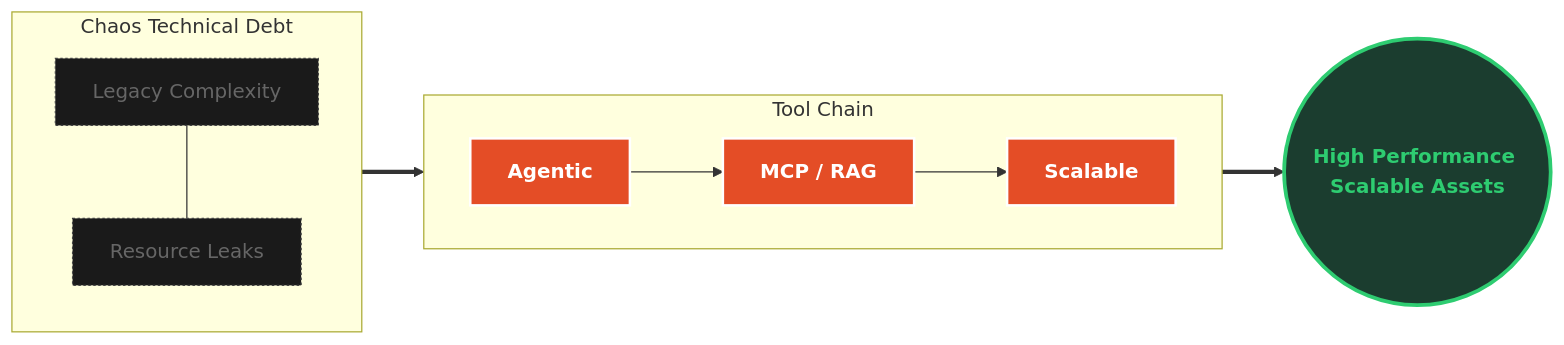
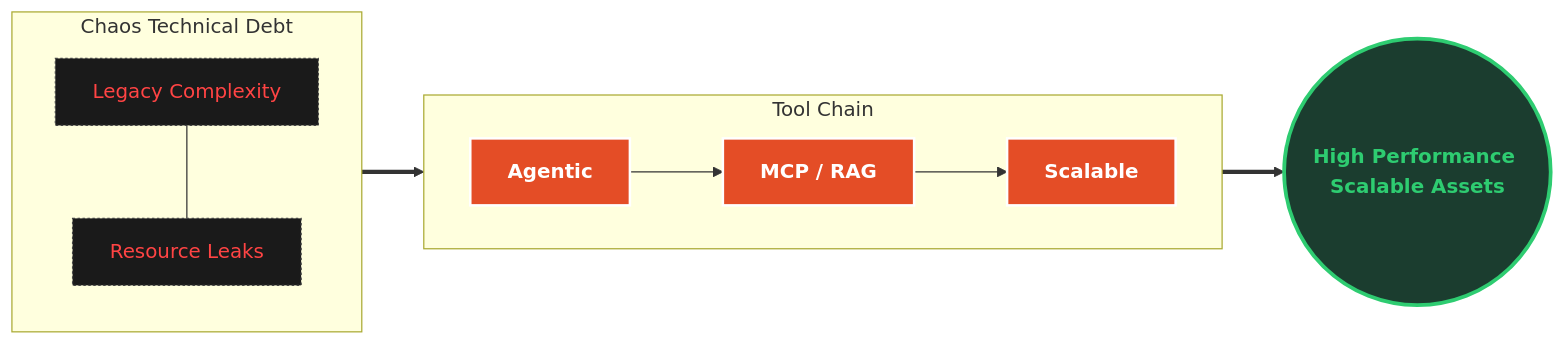
One commit to sinwulok/sinwulok changed the diagram in README.md. Above: the diagram before and after it, drawn with Mermaid.

````diff
--- a/README.md
+++ b/README.md
@@ -25,31 +25,31 @@
 ```mermaid
 graph LR
     %% 樣式定義
-    classDef legacy fill:#1a1a1a,stroke:#444,stroke-width:1px,color:#666,stroke-dasharray: 2 2
+    classDef legacy fill:#1a1a1a,stroke:#444,stroke-width:1px,color:#ff4444,stroke-dasharray: 2 2
     classDef surgeon fill:#e44d26,stroke:#fff,stroke-width:2px,color:#fff,font-weight:bold
     classDef result fill:#1b3d2f,stroke:#2ecc71,stroke-width:3px,color:#2ecc71,font-weight:bold
 
     %% 區域 1: 熵增混亂
     subgraph Zone_Legacy ["Chaos Technical Debt"]
         A["Legacy Complexity"] --- B["Resource Leaks"]
     end
 
     %% 區域 2: AI 智能驅動 (L -> R)
     subgraph Zone_Agentic ["Tool Chain"]
         direction LR
         T1[Agentic] --> T2[MCP / RAG] --> T3[Scalable]
     end
 
     %% 區域 3: 最終成果 (Green Circle)
     R((High Performance Scalable Assets))
 
     %% 連接邏輯
     Zone_Legacy ==> Zone_Agentic
     Zone_Agentic ==> R
 
     %% 樣式應用
     class A,B legacy
     class T1,T2,T3 surgeon
     class R result
 
 ```
````
